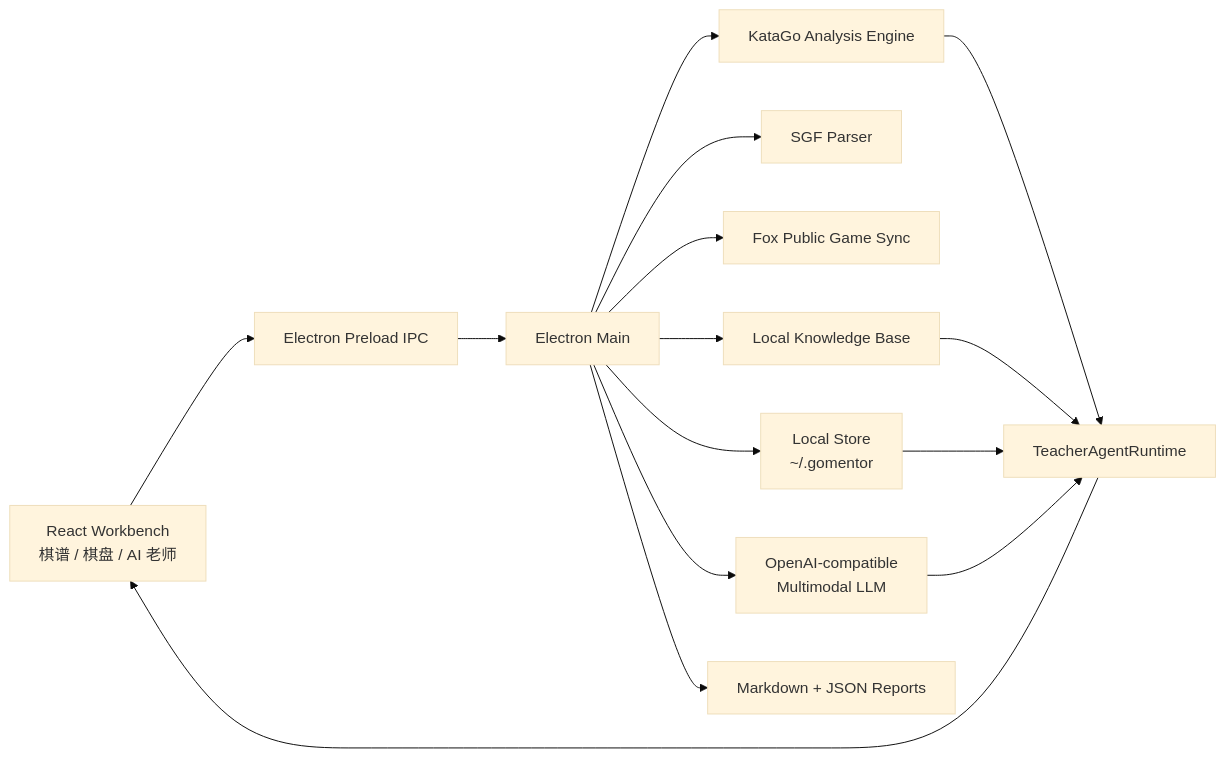
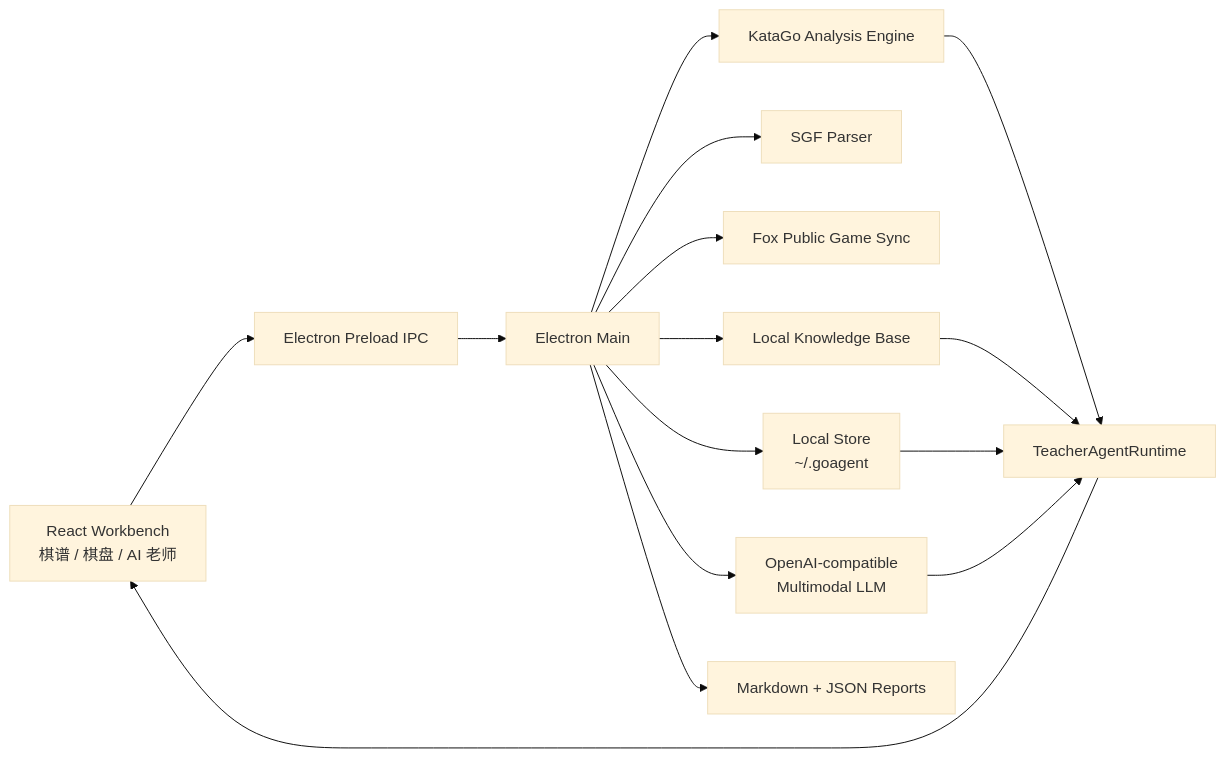
One commit to wimi321/GoAgent changed the diagram in README.md. Above: the diagram before and after it, drawn with Mermaid (base theme). The commit also changed other lines of this file and 133 other files, not shown here.

````diff
--- a/README.md
+++ b/README.md
@@ -133,17 +133,17 @@
 ```mermaid
 flowchart LR
   UI["React Workbench\n棋谱 / 棋盘 / AI 老师"] --> IPC["Electron Preload IPC"]
   IPC --> Main["Electron Main"]
-  Main --> Store["Local Store\n~/.gomentor"]
+  Main --> Store["Local Store\n~/.goagent"]
   Main --> SGF["SGF Parser"]
   Main --> Fox["Fox Public Game Sync"]
   Main --> KataGo["KataGo Analysis Engine"]
   Main --> KB["Local Knowledge Base"]
   Main --> LLM["OpenAI-compatible\nMultimodal LLM"]
   Main --> Reports["Markdown + JSON Reports"]
   KataGo --> Agent["TeacherAgentRuntime"]
   KB --> Agent
   Store --> Agent
   LLM --> Agent
   Agent --> UI
 ```
````
